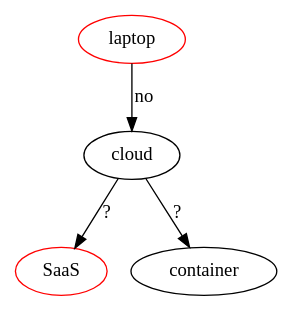
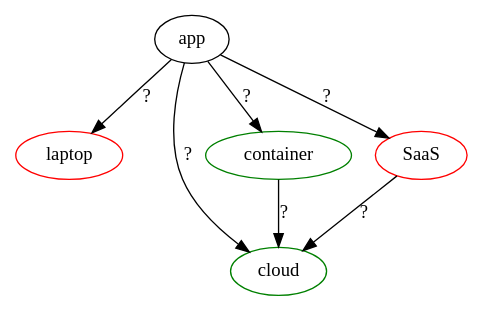
One commit to paulmaxus/dsc-seminar changed the second of 2 diagrams in slides.qmd. Above: the diagram before and after it, drawn with Graphviz. The commit also changed other lines of this file and 2 other files, not shown here.

````diff
--- a/slides.qmd
+++ b/slides.qmd
@@ -226,10 +230,14 @@
 ```{dot}
 digraph G {
+    app -> laptop [label="?"];
     laptop [color=red]; 
-    laptop -> cloud [label="no"];
-    cloud -> SaaS [label="?"]; 
+    app -> cloud [label="?"];
+    cloud [color=green];
+    app -> container [label="?"];
+    container [color=green]
+    app -> SaaS [label="?"];
     SaaS [color=red];
-    cloud -> container [label="?"];
-
+    SaaS -> cloud [label="?"]; 
+    container -> cloud [label="?"];
 }
 ```
````
